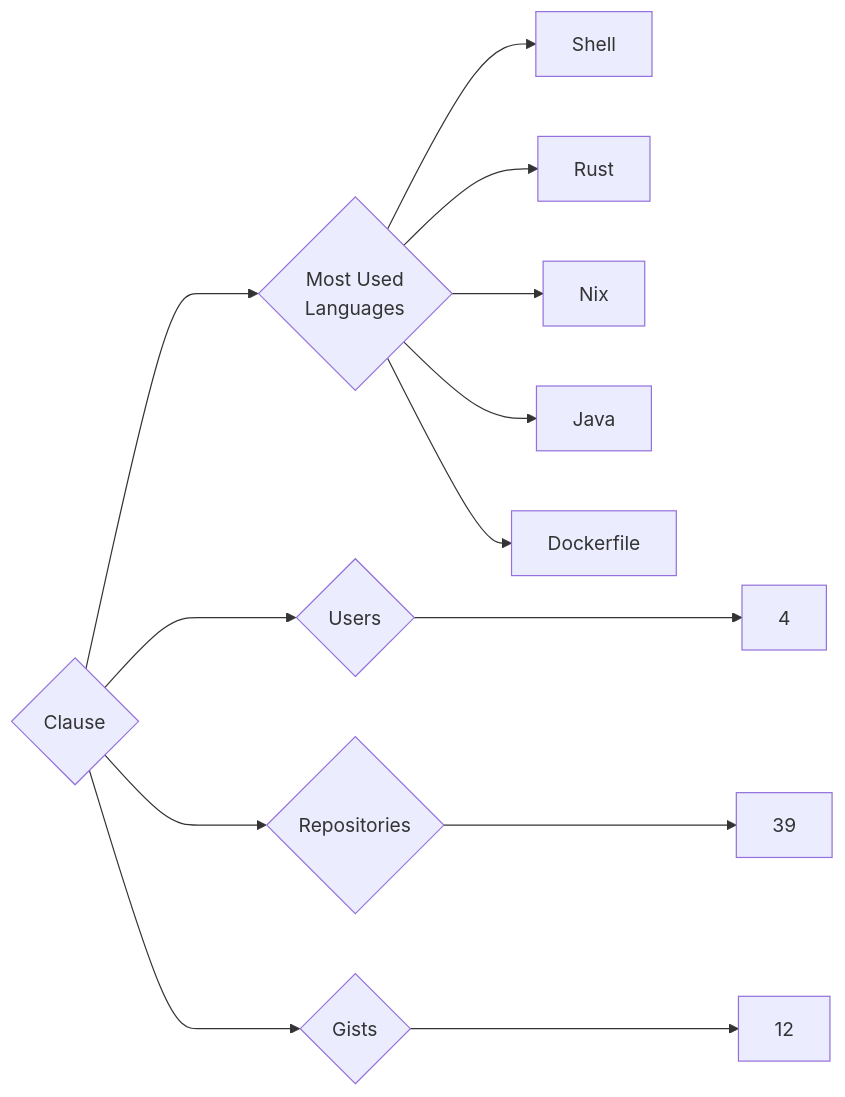
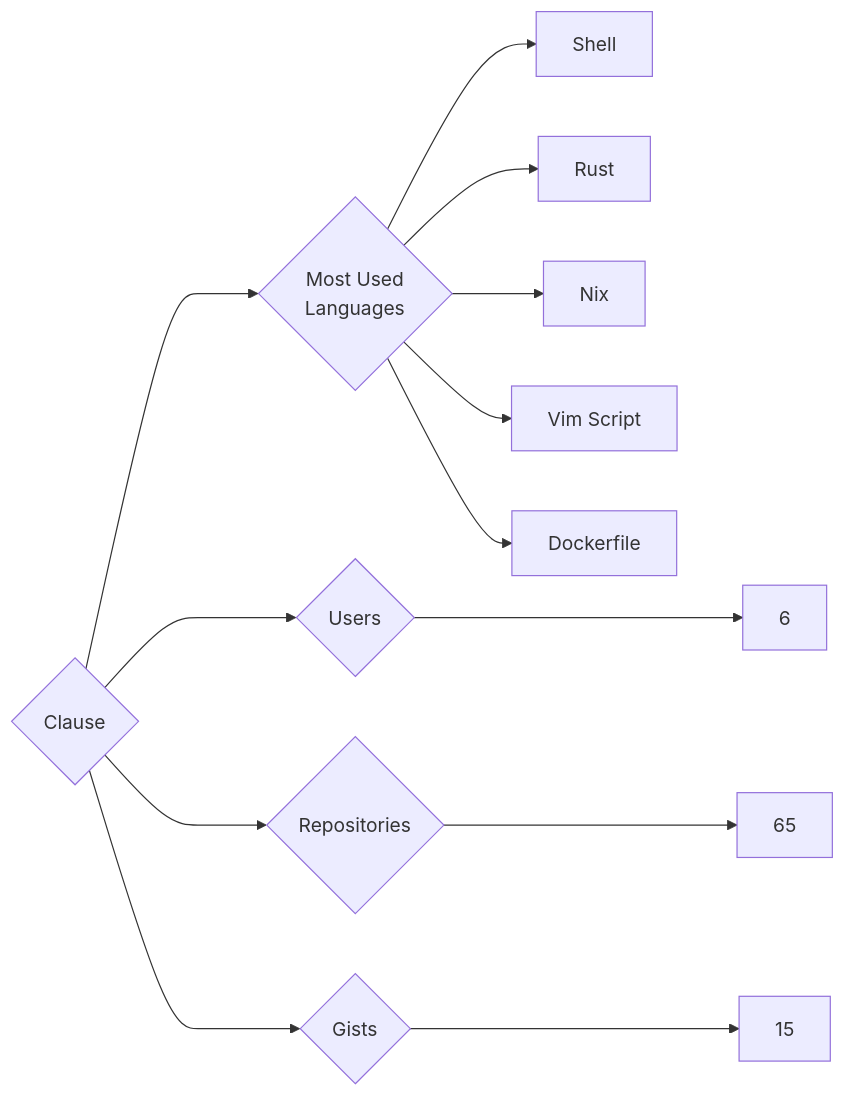
The diagram in targets/Clause/README.md (trickest/insiders), drawn with Mermaid before and after one commit. The commit also changed 1120 other files, not shown here.

````diff
--- a/targets/Clause/README.md
+++ b/targets/Clause/README.md
@@ -3,13 +3,13 @@
 ```mermaid
 graph LR
 COMPANY_NAME{Clause}
-COMPANY_NAME ---> U{Users} ---> UN[4]
-COMPANY_NAME ---> R{Repositories} ---> RN[39]
-COMPANY_NAME ---> G{Gists} ---> GN[12]
+COMPANY_NAME ---> U{Users} ---> UN[6]
+COMPANY_NAME ---> R{Repositories} ---> RN[65]
+COMPANY_NAME ---> G{Gists} ---> GN[15]
 COMPANY_NAME ---> ML{Most Used<br>Languages}
 ML --> Shell[Shell]
 ML --> Rust[Rust]
 ML --> Nix[Nix]
-ML --> Java[Java]
+ML --> Vim_Script[Vim Script]
 ML --> Dockerfile[Dockerfile]
 ```
````
